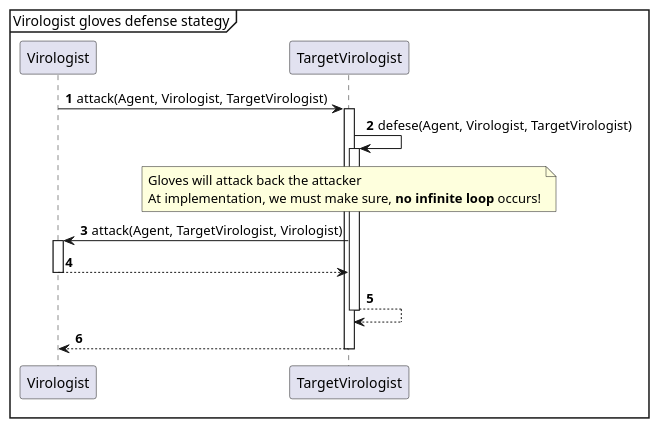
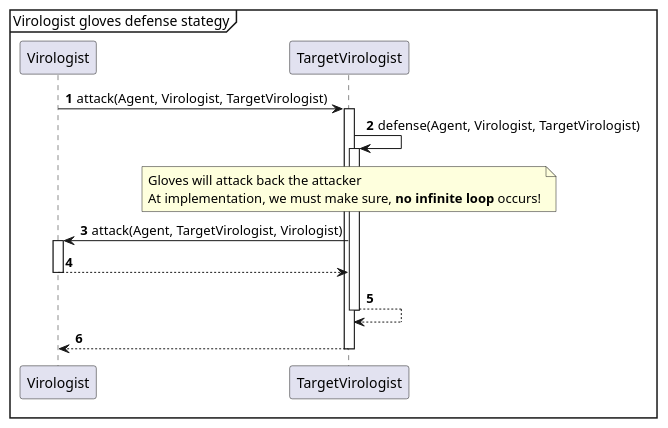
Before and after one commit to Projlab-csb/projlab-virologus: the diagram in sequence-diagram/defense/defenseGloves.puml, drawn with PlantUML. The commit also changed 17 other files, not shown here.

```diff
--- a/sequence-diagram/defense/defenseGloves.puml
+++ b/sequence-diagram/defense/defenseGloves.puml
@@ -1,25 +1,25 @@
 @startuml
 'https://plantuml.com/sequence-diagram
 
 autonumber
 
 mainframe Virologist gloves defense stategy
 
 
 Virologist -> TargetVirologist++: attack(Agent, Virologist, TargetVirologist)
 
-TargetVirologist -> TargetVirologist++: defese(Agent, Virologist, TargetVirologist)
+TargetVirologist -> TargetVirologist++: defense(Agent, Virologist, TargetVirologist)
 
 
 note over TargetVirologist
     Gloves will attack back the attacker
     At implementation, we must make sure, **no infinite loop** occurs!
 end note
 
 TargetVirologist -> Virologist++: attack(Agent, TargetVirologist, Virologist)
 Virologist --> TargetVirologist--
 
 TargetVirologist --> TargetVirologist--
 
 TargetVirologist --> Virologist --
 @enduml
```
